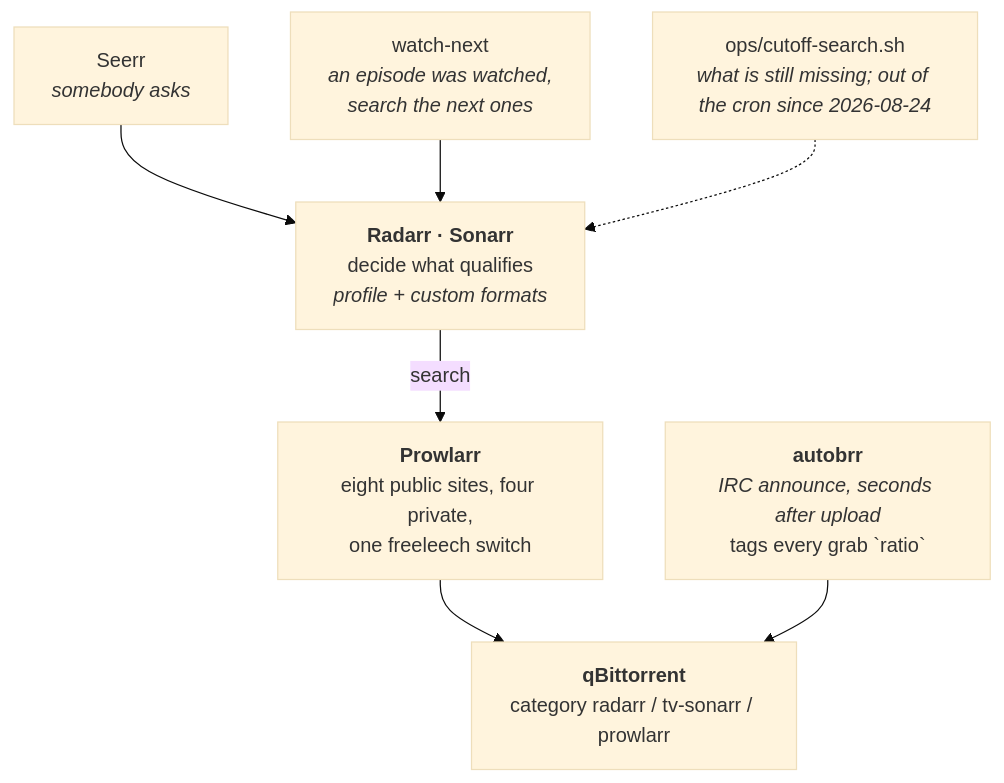
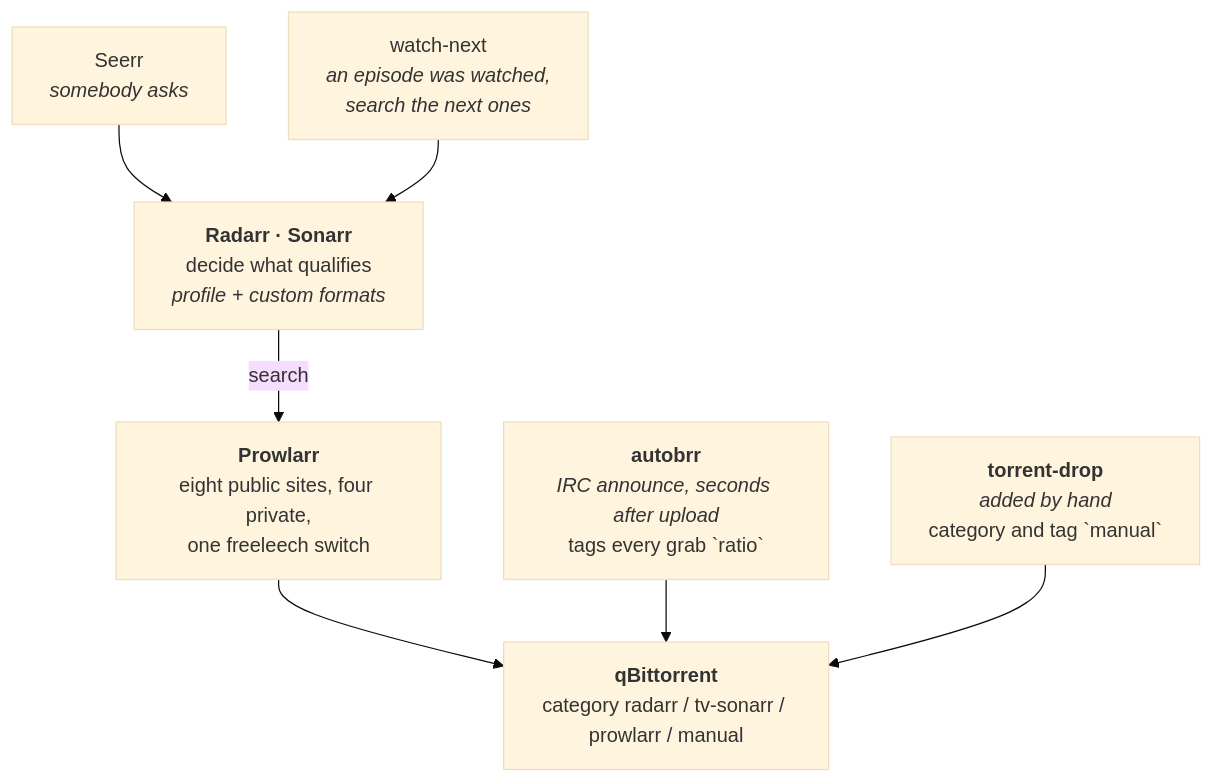
Before and after one commit to PlatanosVerdes/rpi-homeserver: the first of 2 diagrams in docs/lifecycle.md, drawn with Mermaid (base theme). The commit also changed other lines of this file and 31 other files, not shown here.

````diff
--- a/docs/lifecycle.md
+++ b/docs/lifecycle.md
@@ -15,10 +26,10 @@
 ```mermaid
 flowchart TB
   OV["Seerr<br/><i>somebody asks</i>"] --> ARR
   WN["watch-next<br/><i>an episode was watched,<br/>search the next ones</i>"] --> ARR
-  CO["ops/cutoff-search.sh<br/><i>what is still missing; out of the cron since 2026-08-24</i>"] -.-> ARR
   ARR["<b>Radarr · Sonarr</b><br/>decide what qualifies<br/><i>profile + custom formats</i>"] -->|"search"| PW
   PW["<b>Prowlarr</b><br/>eight public sites, four private,<br/>one freeleech switch"] --> QB
   BRR["<b>autobrr</b><br/><i>IRC announce, seconds after upload</i><br/>tags every grab `ratio`"] --> QB
-  QB["<b>qBittorrent</b><br/>category radarr / tv-sonarr / prowlarr"]
+  TD["<b>torrent-drop</b><br/><i>added by hand</i><br/>category and tag `manual`"] --> QB
+  QB["<b>qBittorrent</b><br/>category radarr / tv-sonarr / prowlarr / manual"]
 ```
````
